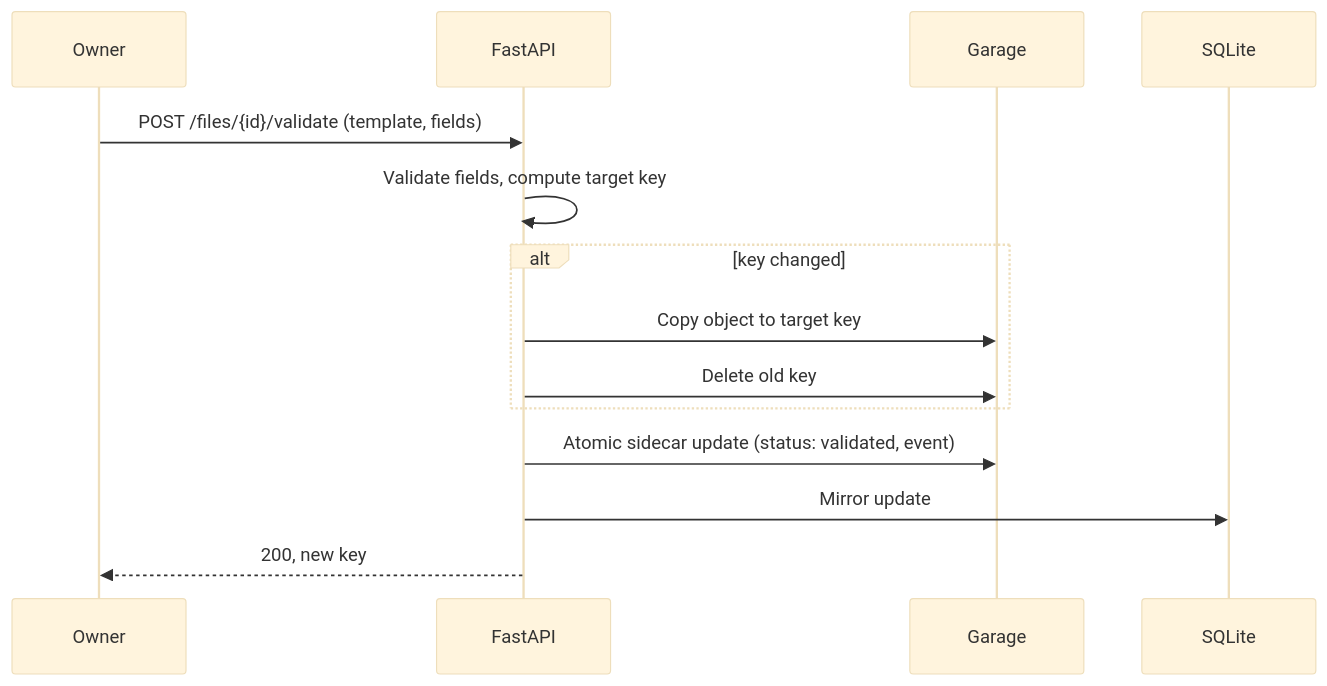
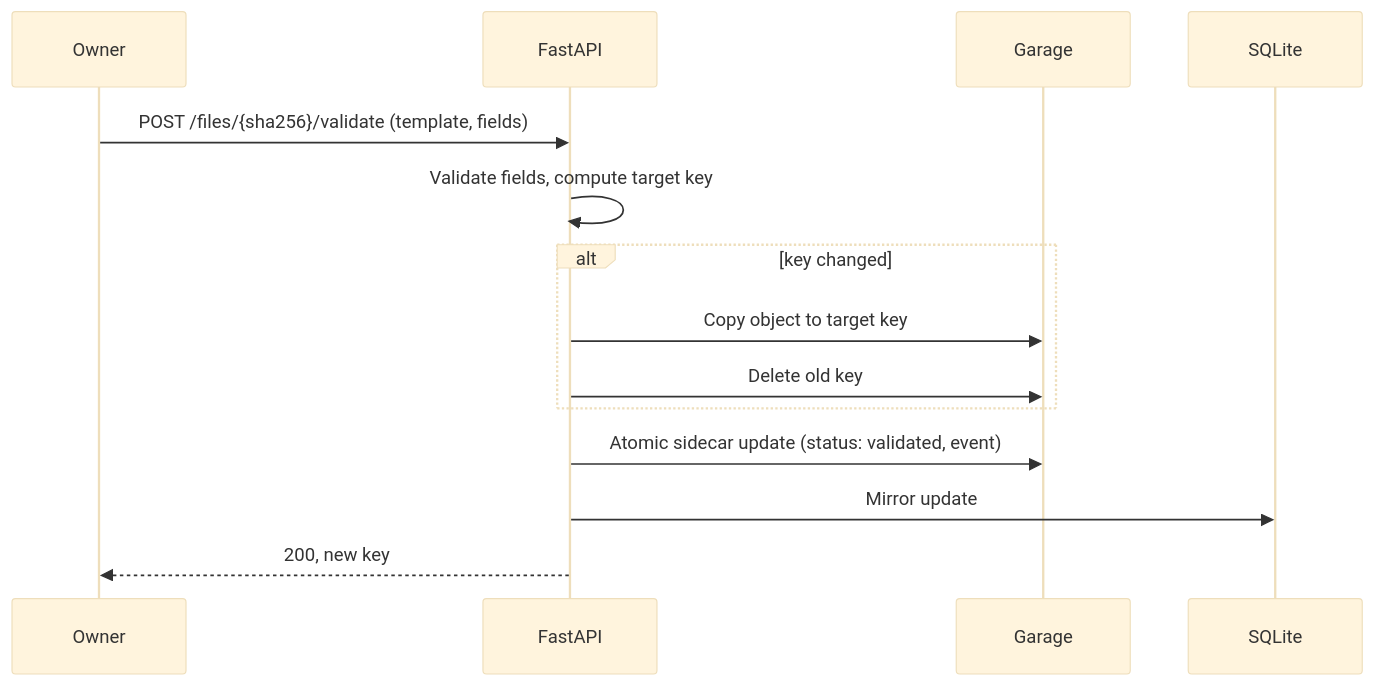
Before and after one commit to napnap75/multiarch-docker-images: the third of 3 diagrams in automatic-pdf-renamer/arch.md, drawn with Mermaid (base theme).

Commit message:
Use SHA-256 as the unique PDF identifier

````diff
--- a/automatic-pdf-renamer/arch.md
+++ b/automatic-pdf-renamer/arch.md
@@ -319,16 +319,16 @@
 ```mermaid
 sequenceDiagram
   participant U as Owner
   participant API as FastAPI
   participant S3 as Garage
   participant DB as SQLite
-  U->>API: POST /files/{id}/validate (template, fields)
+  U->>API: POST /files/{sha256}/validate (template, fields)
   API->>API: Validate fields, compute target key
   alt key changed
     API->>S3: Copy object to target key
     API->>S3: Delete old key
   end
   API->>S3: Atomic sidecar update (status: validated, event)
   API->>DB: Mirror update
   API-->>U: 200, new key
 ```
````
